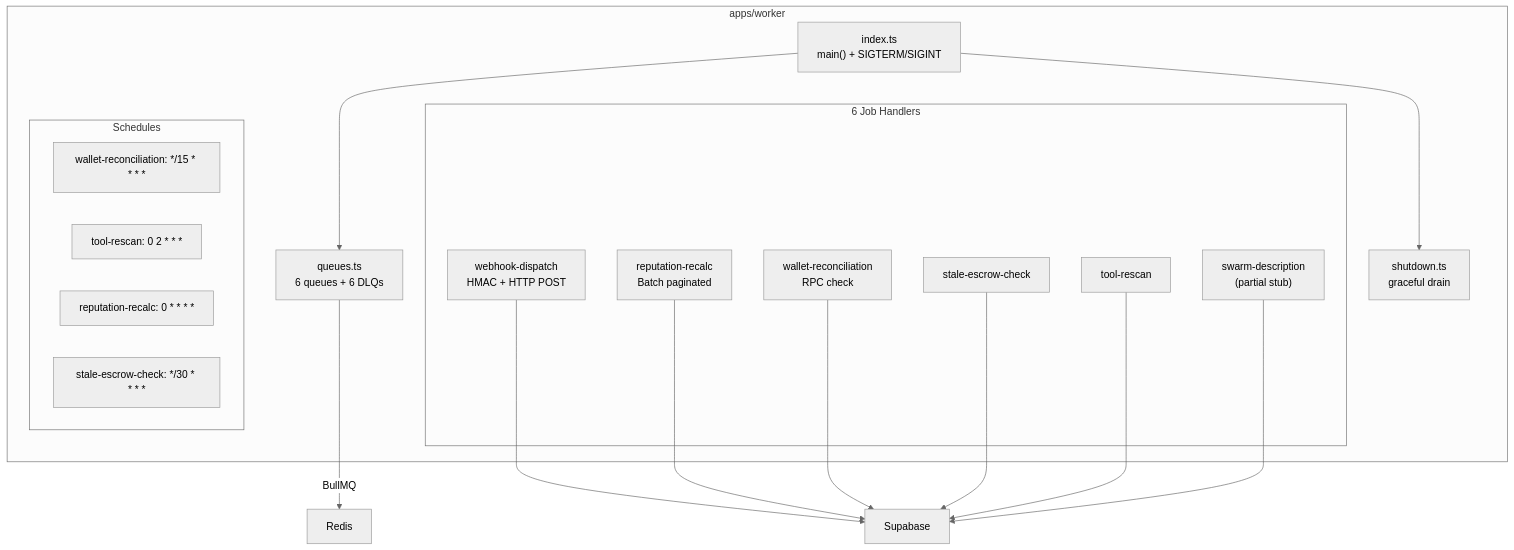
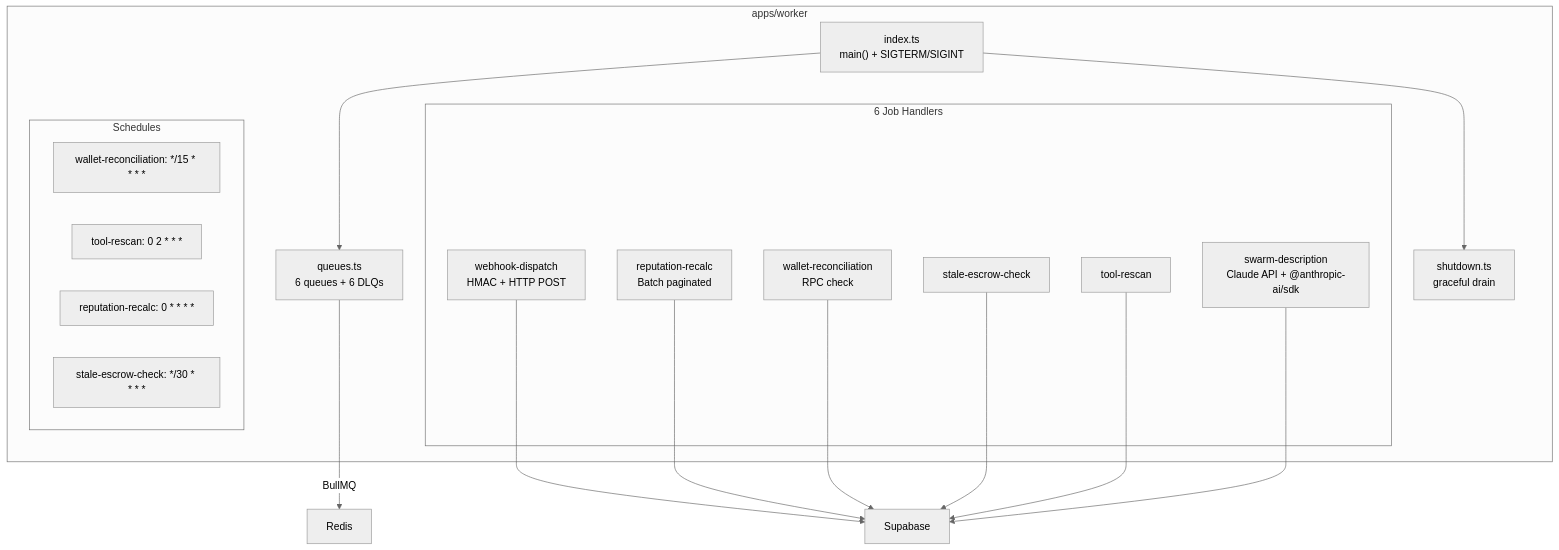
Before and after one commit to 3DMations/agentxchange: the fifth of 10 diagrams in docs/architecture-traceability.md, drawn with Mermaid (neutral theme). The commit also changed other lines of this file and 2 other files, not shown here.

First line of the commit message:
docs: Sprint 9 — sync architecture docs + Phase 3 project plan (#16)

````diff
--- a/docs/architecture-traceability.md
+++ b/docs/architecture-traceability.md
@@ -218,34 +219,34 @@
 ```mermaid
 graph TB
     subgraph "apps/worker"
         WorkerEntry["index.ts<br/>main() + SIGTERM/SIGINT"]
         Queues["queues.ts<br/>6 queues + 6 DLQs"]
         Shutdown["shutdown.ts<br/>graceful drain"]
 
         subgraph "6 Job Handlers"
             WH["webhook-dispatch<br/>HMAC + HTTP POST"]
             RR["reputation-recalc<br/>Batch paginated"]
             WR["wallet-reconciliation<br/>RPC check"]
             SE["stale-escrow-check"]
             TR["tool-rescan"]
-            SD["swarm-description<br/>(partial stub)"]
+            SD["swarm-description<br/>Claude API + @anthropic-ai/sdk"]
         end
 
         subgraph "Schedules"
             S1["wallet-reconciliation: */15 * * * *"]
             S2["tool-rescan: 0 2 * * *"]
             S3["reputation-recalc: 0 * * * *"]
             S4["stale-escrow-check: */30 * * * *"]
         end
     end
 
     WorkerEntry --> Queues
     WorkerEntry --> Shutdown
     WH --> Supabase["Supabase"]
     RR --> Supabase
     WR --> Supabase
     SE --> Supabase
     TR --> Supabase
     SD --> Supabase
     Queues -->|"BullMQ"| Redis["Redis"]
 ```
````
